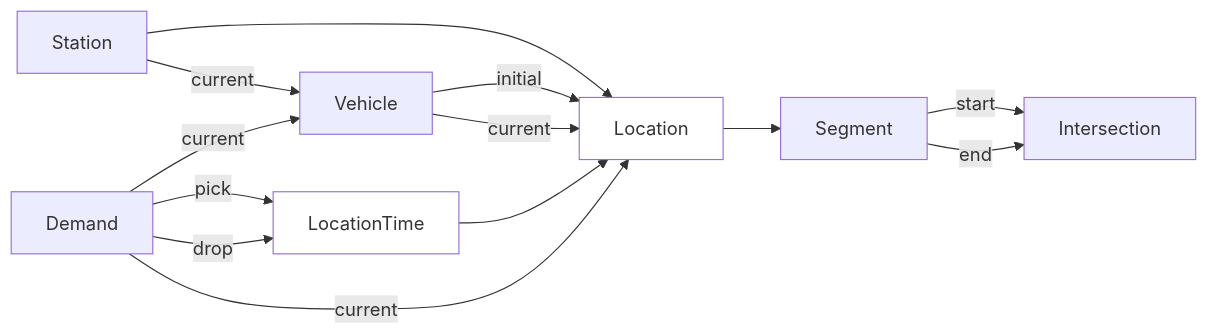
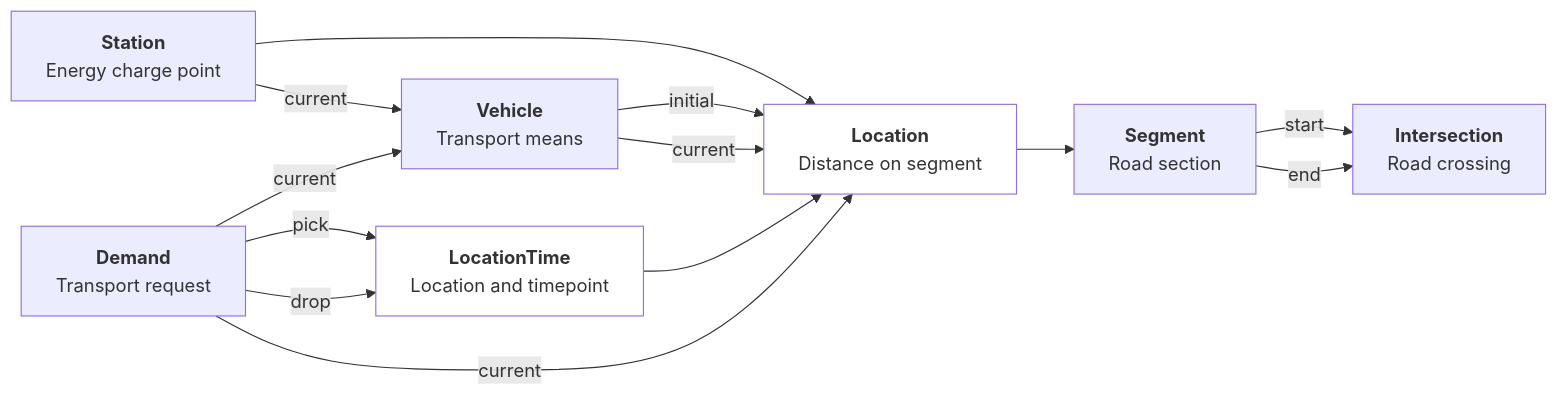
Before and after one commit to ghackenberg/Transport-IDE: the first of 2 diagrams in README.md, drawn with Mermaid.

Commit message:
add a comment to each concept in diagram

````diff
--- a/README.md
+++ b/README.md
@@ -45,18 +45,26 @@
 ```mermaid
 flowchart LR
+  Station["<b>Station</b><br/>Energy charge point"]
+  Vehicle["<b>Vehicle</b><br/>Transport means"]
+  Demand["<b>Demand</b><br/>Transport request"]
+  Segment["<b>Segment</b><br/>Road section"]
+  Intersection["<b>Intersection</b><br/>Road crossing"]
+  Location["<b>Location</b><br/>Distance on segment"]
+  LocationTime["<b>LocationTime</b><br/>Location and timepoint"]
+
   Station --> Location
   Station --current--> Vehicle
   Vehicle --initial--> Location
   Vehicle --current--> Location
   LocationTime --> Location
   Demand --current--> Vehicle
   Demand --pick--> LocationTime
   Demand --drop--> LocationTime
   Demand --current--> Location
   Location --> Segment
   Segment --start--> Intersection
   Segment --end--> Intersection
 
   style Location fill:white
   style LocationTime fill:white
 ```
````
